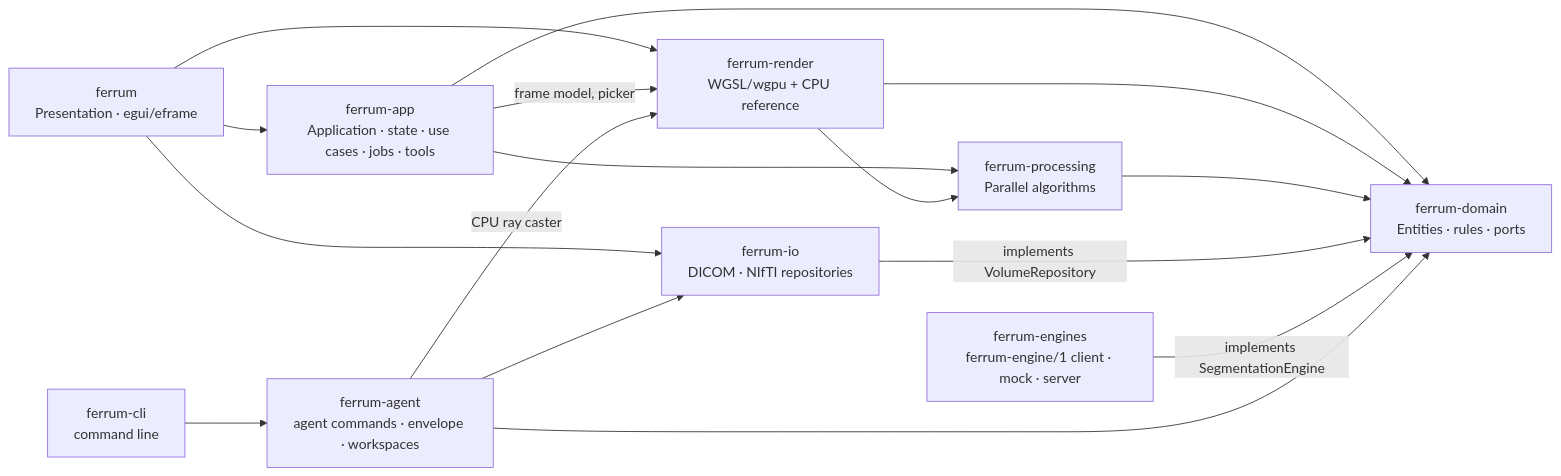
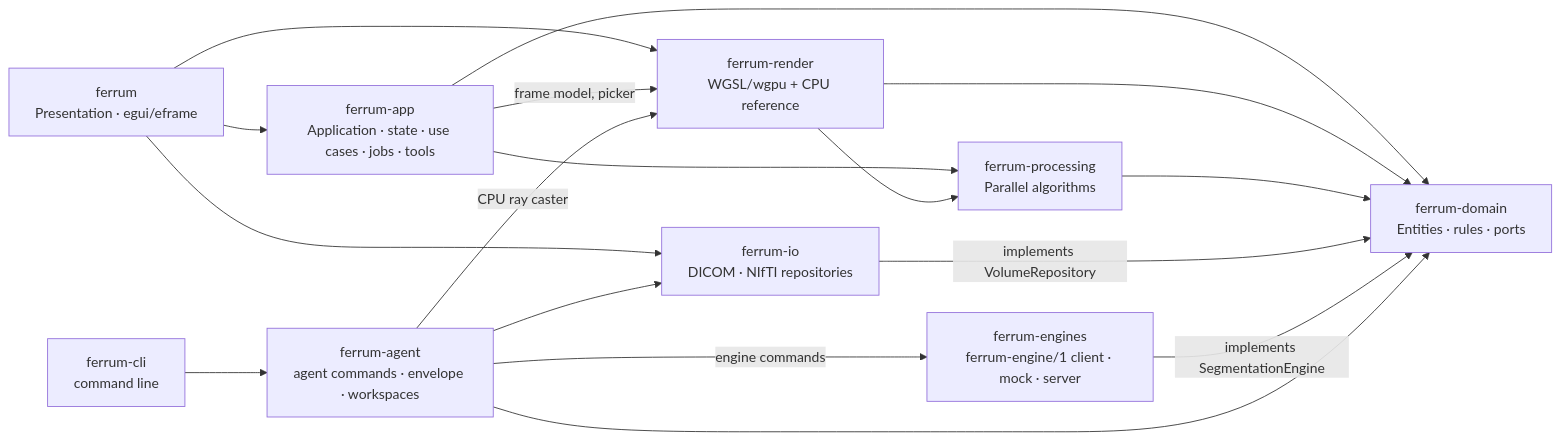
The first of 2 diagrams in docs/architecture.md (Kauter1989/ferrum), drawn with Mermaid before and after one commit. The commit also changed other lines of this file and 20 other files, not shown here.

````diff
--- a/docs/architecture.md
+++ b/docs/architecture.md
@@ -19,28 +19,29 @@
 ```mermaid
 flowchart LR
     V["ferrum<br/>Presentation · egui/eframe"]
     A["ferrum-app<br/>Application · state · use cases · jobs · tools"]
     D["ferrum-domain<br/>Entities · rules · ports"]
     P["ferrum-processing<br/>Parallel algorithms"]
     R["ferrum-render<br/>WGSL/wgpu + CPU reference"]
     IO["ferrum-io<br/>DICOM · NIfTI repositories"]
     EN["ferrum-engines<br/>ferrum-engine/1 client · mock · server"]
     AG["ferrum-agent<br/>agent commands · envelope · workspaces"]
     CLI["ferrum-cli<br/>command line"]
 
     V --> A
     V --> R
     V --> IO
     A --> D
     A --> P
     A -->|"frame model, picker"| R
     R --> D
     R --> P
     P --> D
     IO -->|"implements VolumeRepository"| D
     EN -->|"implements SegmentationEngine"| D
     CLI --> AG
     AG --> D
     AG --> IO
     AG -->|"CPU ray caster"| R
+    AG -->|"engine commands"| EN
 ```
````
